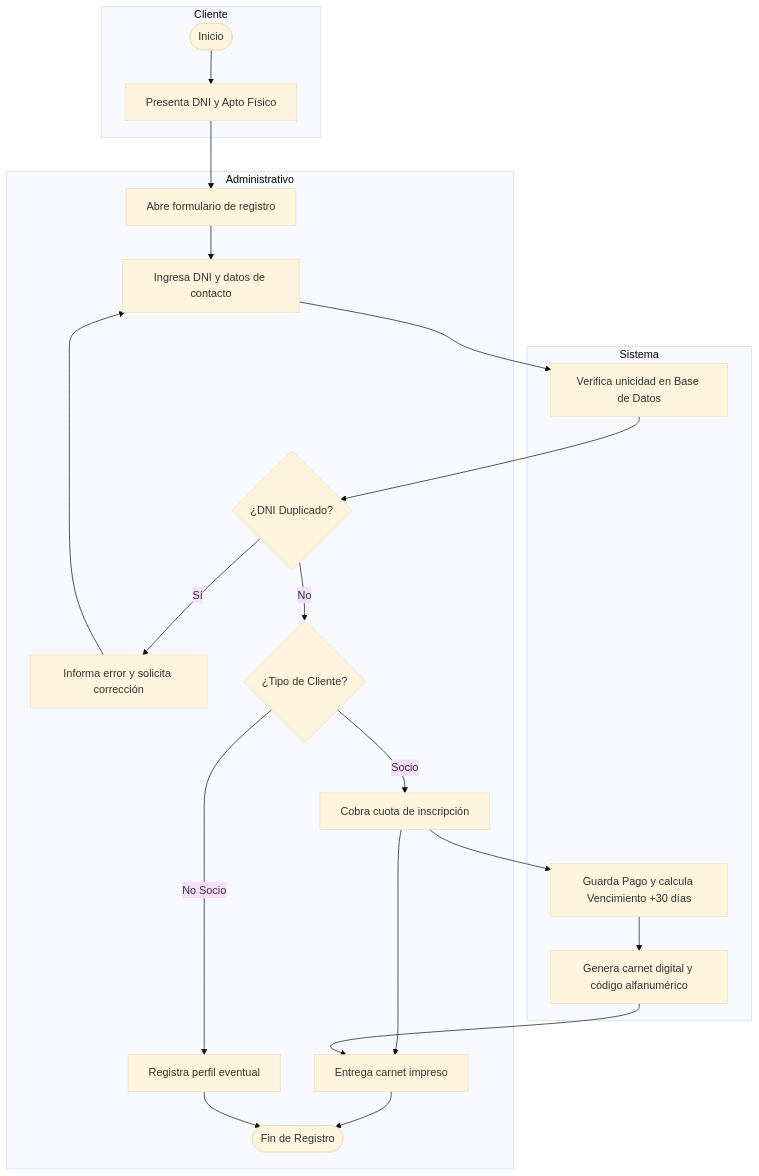
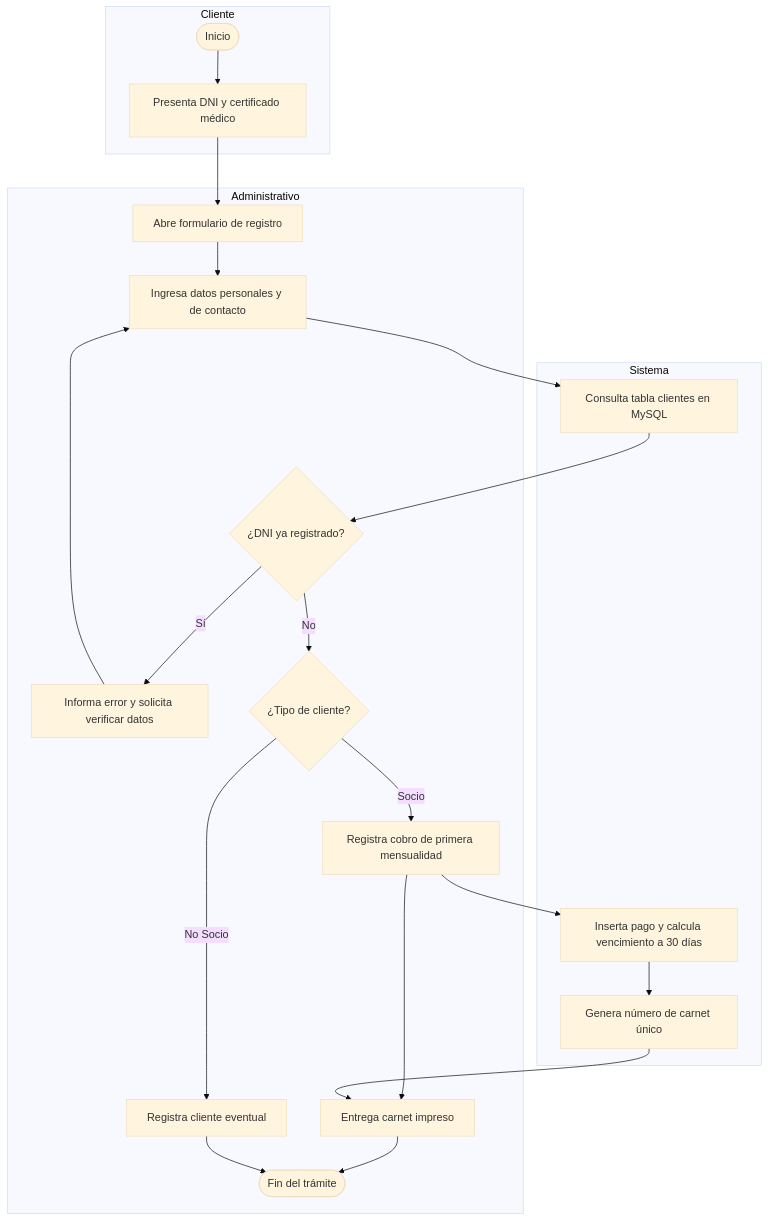
Before and after one commit to SabriiAC/gestion_club_deportivo: the third of 4 diagrams in README.md, drawn with Mermaid (base theme). The commit also changed other lines of this file, not shown here.

````diff
--- a/README.md
+++ b/README.md
@@ -209,27 +216,27 @@
 ```mermaid
 flowchart TD
     subgraph Cliente
-        A1([Inicio]) --> A2[Presenta DNI y Apto Físico]
+        A1([Inicio]) --> A2[Presenta DNI y certificado médico]
     end
 
     subgraph Administrativo
         A2 --> B1[Abre formulario de registro]
-        B1 --> B2[Ingresa DNI y datos de contacto]
-        B4{¿DNI Duplicado?} -- Sí --> B5[Informa error y solicita corrección]
+        B1 --> B2[Ingresa datos personales y de contacto]
+        B4{¿DNI ya registrado?} -- Sí --> B5[Informa error y solicita verificar datos]
         B5 --> B2
-        B4 -- No --> B6{¿Tipo de Cliente?}
-        B6 -- Socio --> B7[Cobra cuota de inscripción]
-        B6 -- No Socio --> B8[Registra perfil eventual]
+        B4 -- No --> B6{¿Tipo de cliente?}
+        B6 -- Socio --> B7[Registra cobro de primera mensualidad]
+        B6 -- No Socio --> B8[Registra cliente eventual]
         B7 --> B9[Entrega carnet impreso]
-        B9 --> B10([Fin de Registro])
+        B9 --> B10([Fin del trámite])
         B8 --> B10
     end
 
     subgraph Sistema
-        B2 --> C1[Verifica unicidad en Base de Datos]
+        B2 --> C1[Consulta tabla clientes en MySQL]
         C1 --> B4
-        B7 --> C2[Guarda Pago y calcula Vencimiento +30 días]
-        C2 --> C3[Genera carnet digital y código alfanumérico]
+        B7 --> C2[Inserta pago y calcula vencimiento a 30 días]
+        C2 --> C3[Genera número de carnet único]
         C3 --> B9
     end
 ```
````
